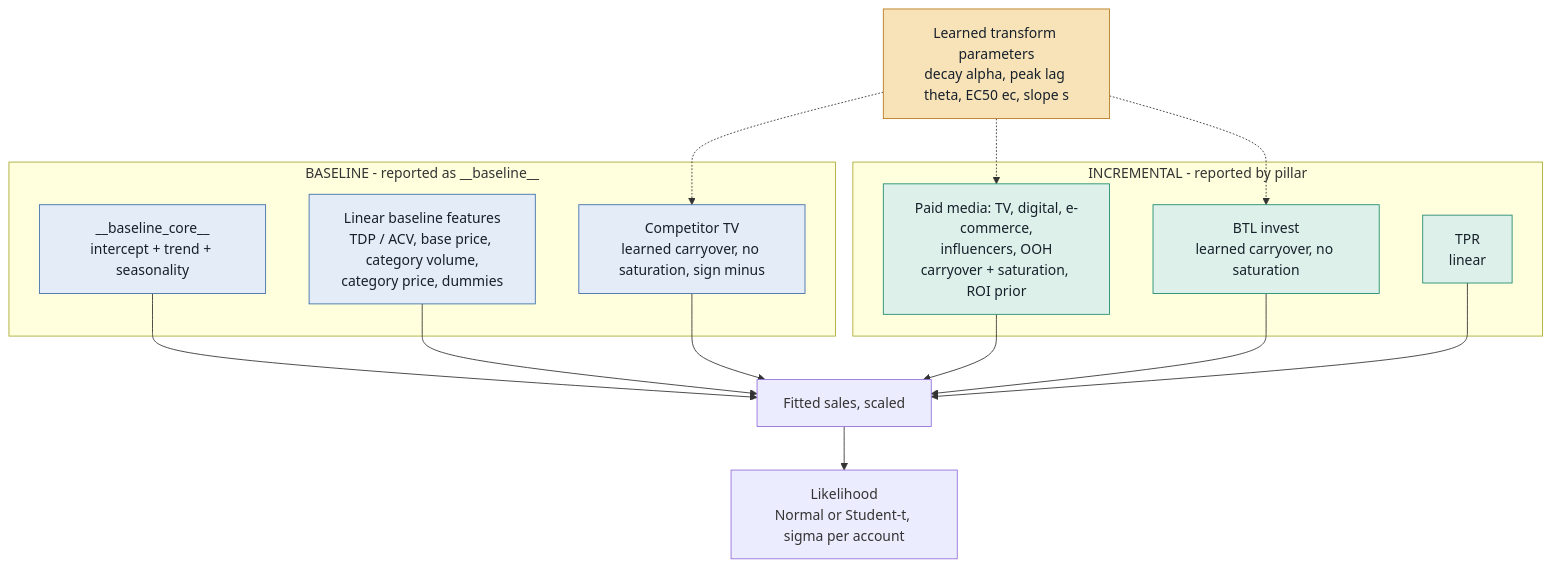
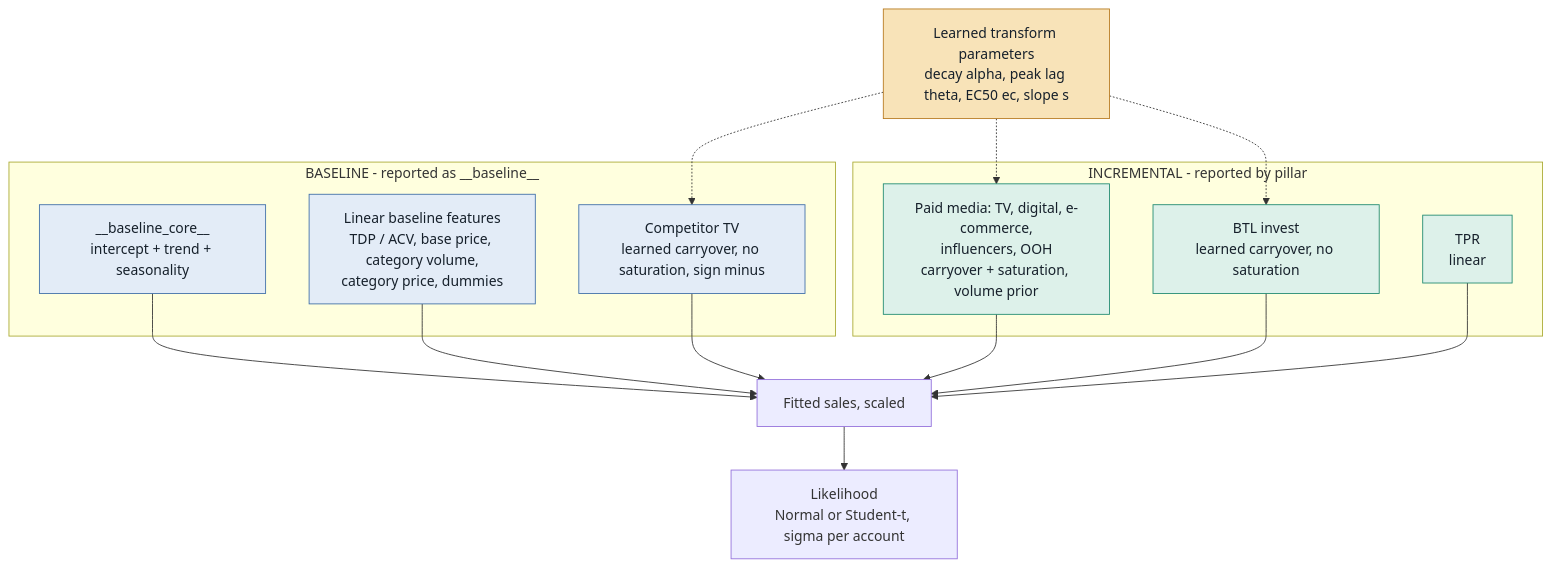
Before and after one commit to Ikshvaku24/mmm: the fourth of 8 diagrams in codebase2_full_mmm/docs/PHASE2_ARCHITECTURE.md, drawn with Mermaid. The commit also changed other lines of this file and 3 other files, not shown here.

````diff
--- a/codebase2_full_mmm/docs/PHASE2_ARCHITECTURE.md
+++ b/codebase2_full_mmm/docs/PHASE2_ARCHITECTURE.md
@@ -389,32 +449,32 @@
 ```mermaid
 flowchart TB
     subgraph BASE["BASELINE - reported as __baseline__"]
         CORE["__baseline_core__<br/>intercept + trend + seasonality"]
         LIN["Linear baseline features<br/>TDP / ACV, base price, category volume,<br/>category price, dummies"]
         COMP["Competitor TV<br/>learned carryover, no saturation, sign minus"]
     end
     subgraph INC["INCREMENTAL - reported by pillar"]
-        MED["Paid media: TV, digital, e-commerce,<br/>influencers, OOH<br/>carryover + saturation, ROI prior"]
+        MED["Paid media: TV, digital, e-commerce,<br/>influencers, OOH<br/>carryover + saturation, volume prior"]
         BTL["BTL invest<br/>learned carryover, no saturation"]
         TPR["TPR<br/>linear"]
     end
     LEARN["Learned transform parameters<br/>decay alpha, peak lag theta, EC50 ec, slope s"]
     FIT["Fitted sales, scaled"]
     LIK["Likelihood<br/>Normal or Student-t, sigma per account"]
     LEARN -.-> COMP
     LEARN -.-> MED
     LEARN -.-> BTL
     CORE --> FIT
     LIN --> FIT
     COMP --> FIT
     MED --> FIT
     BTL --> FIT
     TPR --> FIT
     FIT --> LIK
     classDef base fill:#E3ECF7,stroke:#3F6EA8,color:#16202B
     classDef inc fill:#DDF1EA,stroke:#1F8A70,color:#16202B
     classDef learned fill:#F8E3B8,stroke:#B7791F,color:#16202B
     class CORE,LIN,COMP base
     class MED,BTL,TPR inc
     class LEARN learned
 ```
````
